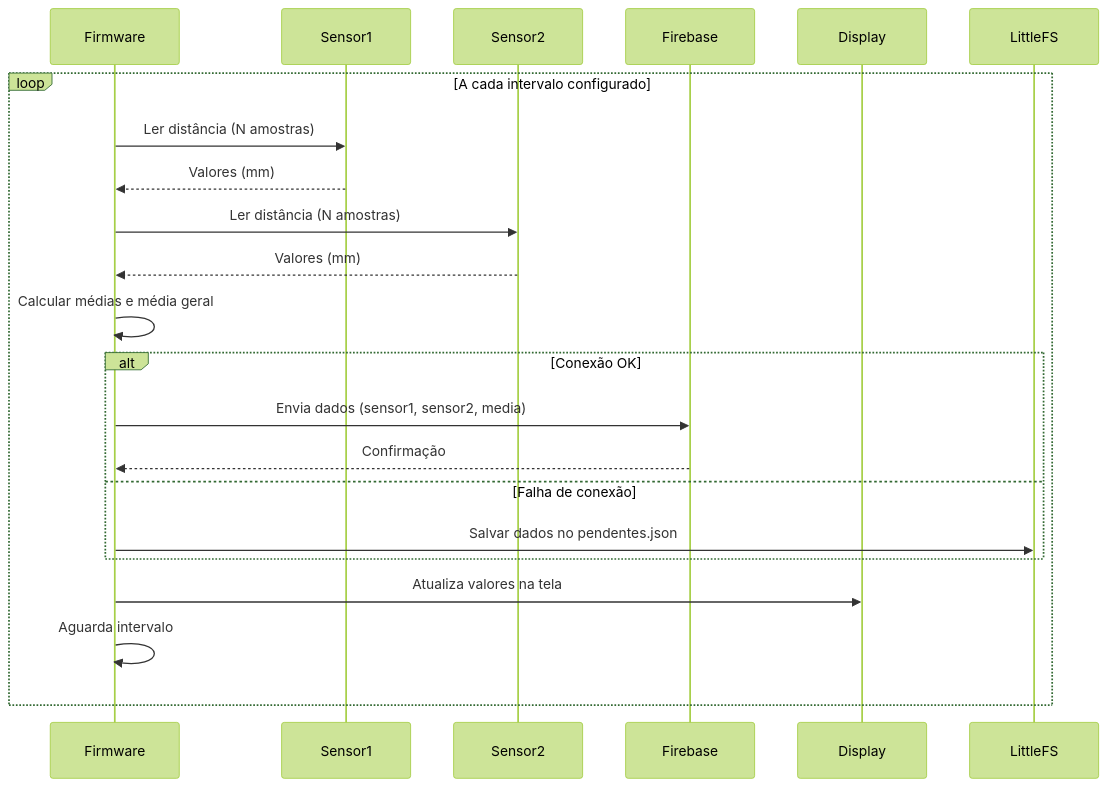
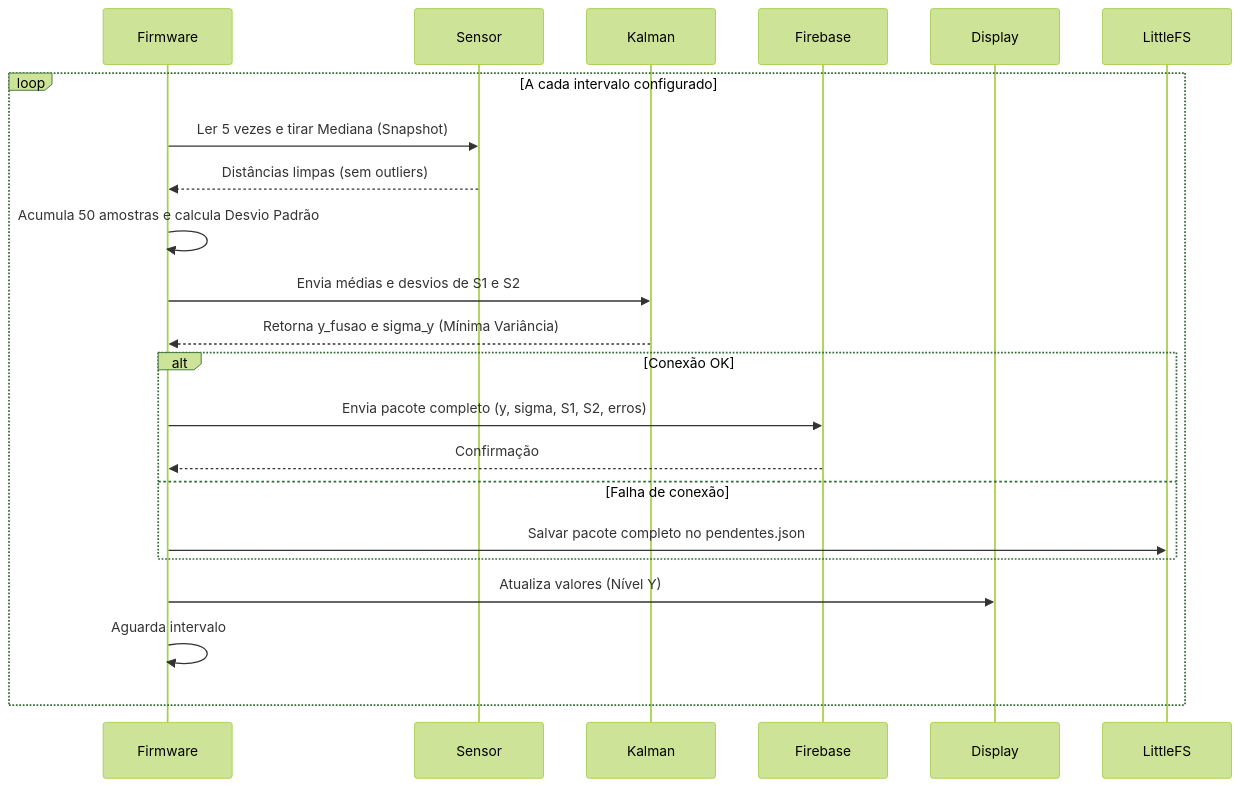
Before and after one commit to tecbudo/niveltec: the fifth of 11 diagrams in README.md, drawn with Mermaid (forest theme). The commit also changed other lines of this file, not shown here.

Commit message:
Atualiza documentação do projeto NivelTec com detalhes sobre a implementação do Filtro de Mediana, Calibração Geométrica e Filtro de Kalman, além de melhorias na estrutura e formatação do README.md.

````diff
--- a/README.md
+++ b/README.md
@@ -253,25 +389,25 @@
 ```mermaid
 sequenceDiagram
     participant Firmware
-    participant Sensor1
-    participant Sensor2
+    participant Sensor
+    participant Kalman
     participant Firebase
     participant Display
     participant LittleFS
 
     loop A cada intervalo configurado
-        Firmware->>Sensor1: Ler distância (N amostras)
-        Sensor1-->>Firmware: Valores (mm)
-        Firmware->>Sensor2: Ler distância (N amostras)
-        Sensor2-->>Firmware: Valores (mm)
-        Firmware->>Firmware: Calcular médias e média geral
+        Firmware->>Sensor: Ler 5 vezes e tirar Mediana (Snapshot)
+        Sensor-->>Firmware: Distâncias limpas (sem outliers)
+        Firmware->>Firmware: Acumula 50 amostras e calcula Desvio Padrão
+        Firmware->>Kalman: Envia médias e desvios de S1 e S2
+        Kalman-->>Firmware: Retorna y_fusao e sigma_y (Mínima Variância)
         alt Conexão OK
-            Firmware->>Firebase: Envia dados (sensor1, sensor2, media)
+            Firmware->>Firebase: Envia pacote completo (y, sigma, S1, S2, erros)
             Firebase-->>Firmware: Confirmação
         else Falha de conexão
-            Firmware->>LittleFS: Salvar dados no pendentes.json
+            Firmware->>LittleFS: Salvar pacote completo no pendentes.json
         end
-        Firmware->>Display: Atualiza valores na tela
+        Firmware->>Display: Atualiza valores (Nível Y)
         Firmware->>Firmware: Aguarda intervalo
     end
 ```
````
